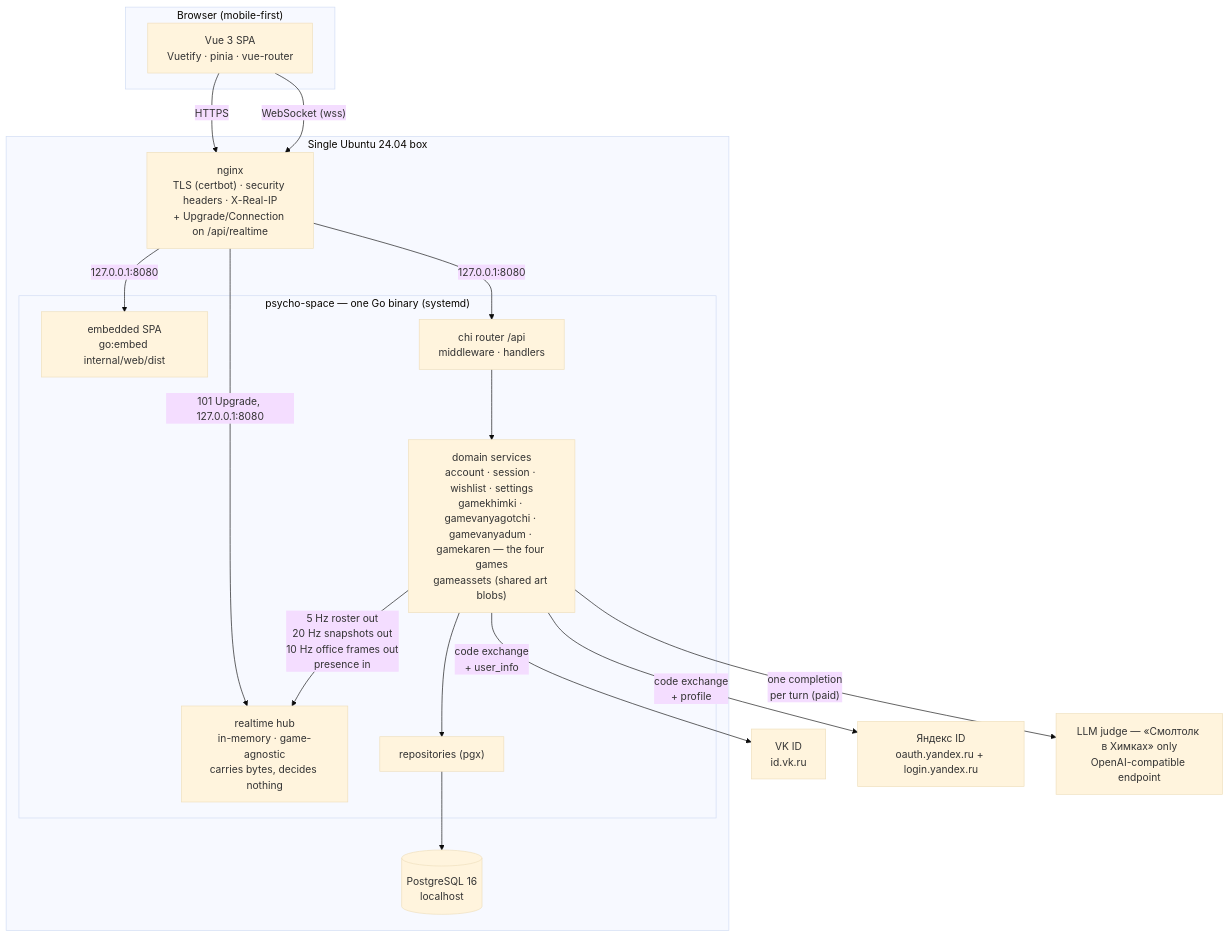
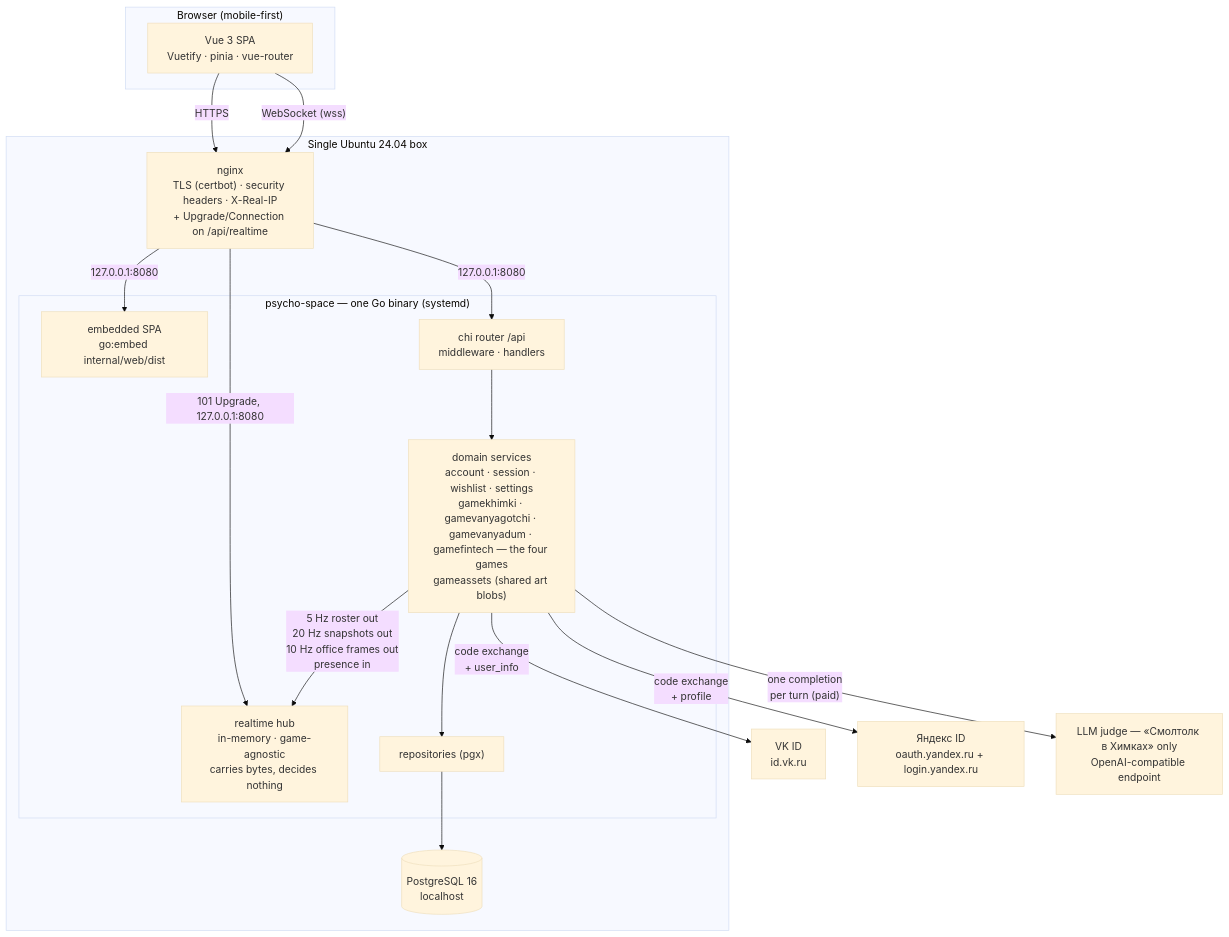
The first of 13 diagrams in docs/ARCHITECTURE.md (SergeyZSpb/psycho-space), drawn with Mermaid (base theme) before and after one commit. The commit also changed other lines of this file and 83 other files, not shown here.

````diff
--- a/docs/ARCHITECTURE.md
+++ b/docs/ARCHITECTURE.md
@@ -23,33 +23,33 @@
 ```mermaid
 flowchart TB
     subgraph client["Browser (mobile-first)"]
         SPA["Vue 3 SPA<br/>Vuetify · pinia · vue-router"]
     end
 
     subgraph box["Single Ubuntu 24.04 box"]
         NGINX["nginx<br/>TLS (certbot) · security headers · X-Real-IP<br/>+ Upgrade/Connection on /api/realtime"]
         subgraph bin["psycho-space — one Go binary (systemd)"]
             EMBED["embedded SPA<br/>go:embed internal/web/dist"]
             API["chi router /api<br/>middleware · handlers"]
             HUB["realtime hub<br/>in-memory · game-agnostic<br/>carries bytes, decides nothing"]
-            DOM["domain services<br/>account · session · wishlist · settings<br/>gamekhimki · gamevanyagotchi · gamevanyadum · gamekaren — the four games<br/>gameassets (shared art blobs)"]
+            DOM["domain services<br/>account · session · wishlist · settings<br/>gamekhimki · gamevanyagotchi · gamevanyadum · gamefintech — the four games<br/>gameassets (shared art blobs)"]
             REPO["repositories (pgx)"]
         end
         PG[("PostgreSQL 16<br/>localhost")]
     end
 
     VK["VK ID<br/>id.vk.ru"]
     YA["Яндекс ID<br/>oauth.yandex.ru + login.yandex.ru"]
     LLM["LLM judge — «Смолтолк в Химках» only<br/>OpenAI-compatible endpoint"]
 
     SPA -- HTTPS --> NGINX
     SPA -- "WebSocket (wss)" --> NGINX
     NGINX -- "127.0.0.1:8080" --> EMBED
     NGINX -- "127.0.0.1:8080" --> API
     NGINX -- "101 Upgrade, 127.0.0.1:8080" --> HUB
     API --> DOM --> REPO --> PG
     DOM -- "5 Hz roster out<br/>20 Hz snapshots out<br/>10 Hz office frames out<br/>presence in" --> HUB
     DOM -- "code exchange<br/>+ user_info" --> VK
     DOM -- "code exchange<br/>+ profile" --> YA
     DOM -- "one completion<br/>per turn (paid)" --> LLM
 ```
````
